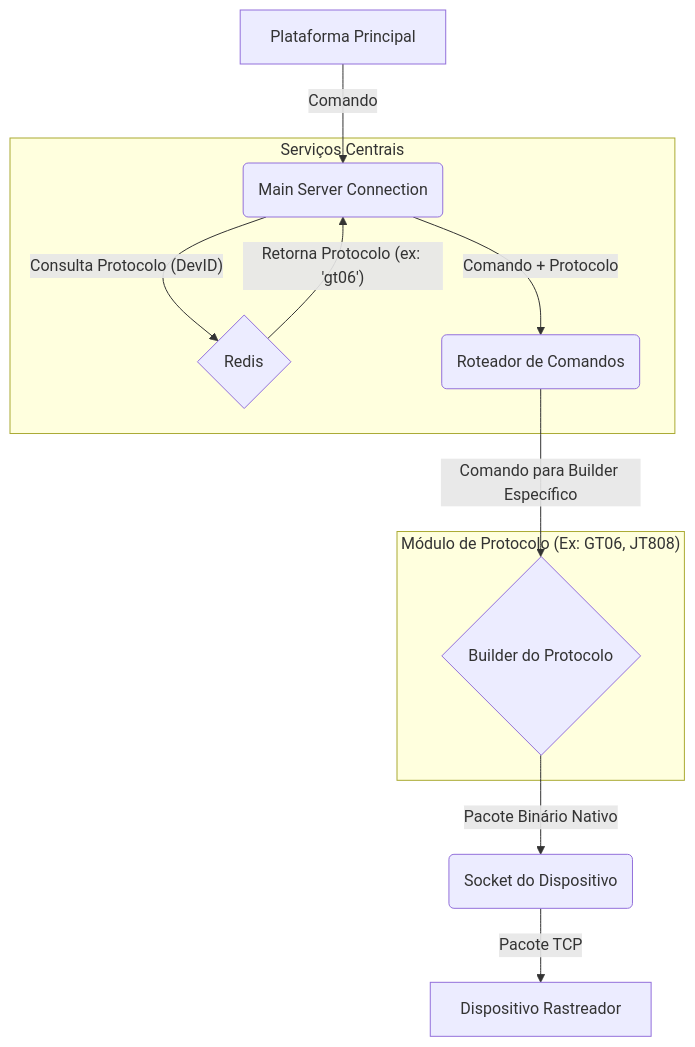
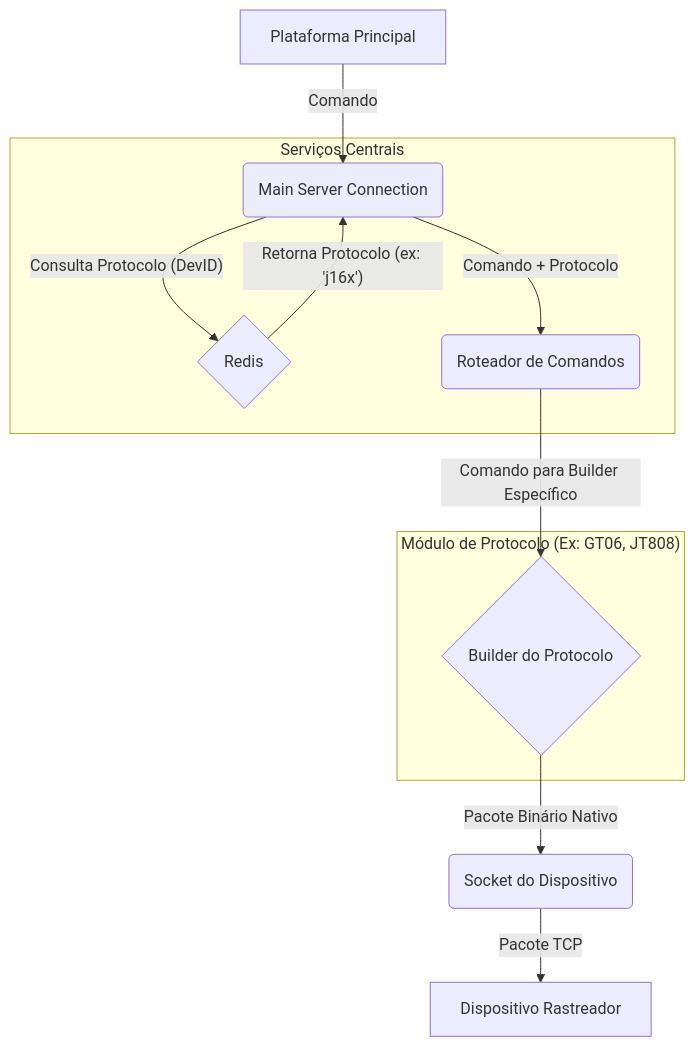
The second of 2 diagrams in README.md (ju-sants/communication-protocol-translator), drawn with Mermaid before and after one commit. The commit also changed other lines of this file and 8 other files, not shown here.

````diff
--- a/README.md
+++ b/README.md
@@ -51,20 +51,20 @@
 ```mermaid
 graph TD
     A[Plataforma Principal] -- Comando --> B(Main Server Connection);
     B -- Consulta Protocolo (DevID) --> C{Redis};
-    C -- Retorna Protocolo (ex: 'gt06') --> B;
+    C -- Retorna Protocolo (ex: 'j16x') --> B;
     B -- Comando + Protocolo --> D(Roteador de Comandos);
     D -- Comando para Builder Específico --> E{Builder do Protocolo};
     E -- Pacote Binário Nativo --> F(Socket do Dispositivo);
     F -- Pacote TCP --> G[Dispositivo Rastreador];
 
     subgraph "Serviços Centrais"
         B
         C
         D
     end
 
     subgraph "Módulo de Protocolo (Ex: GT06, JT808)"
         E
     end
 ```
````
